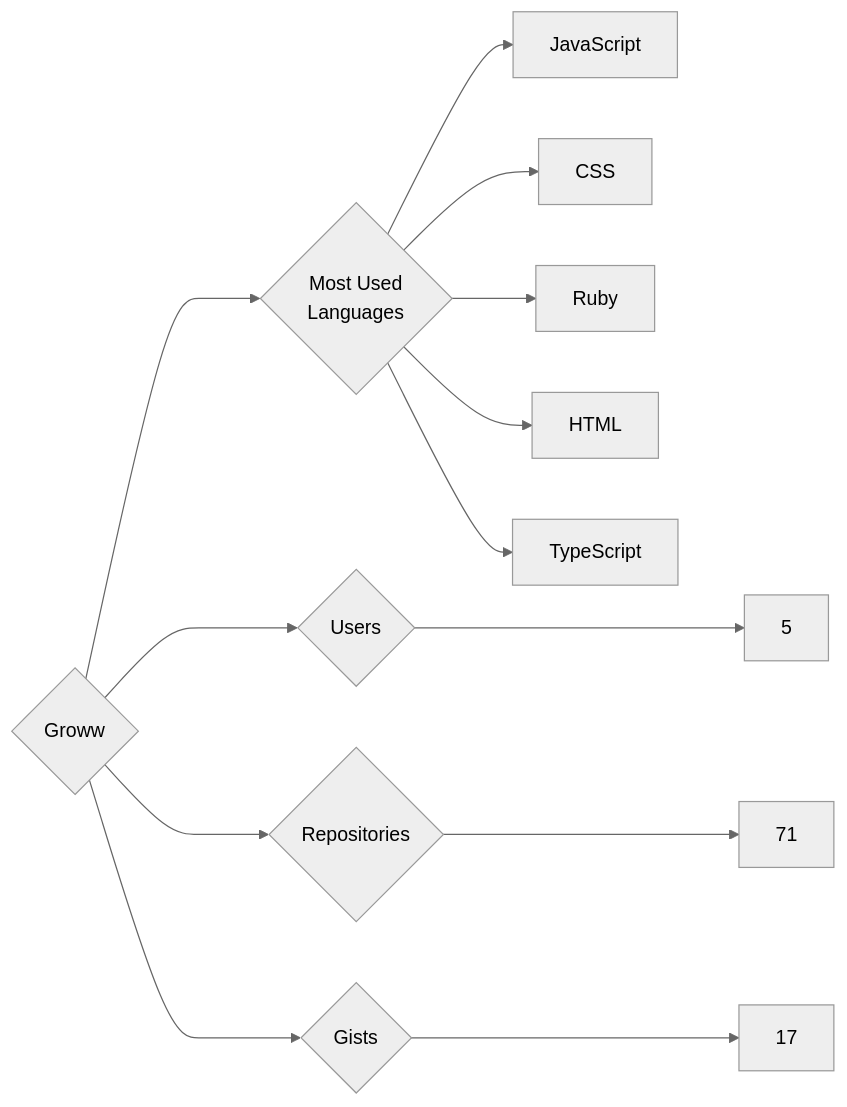
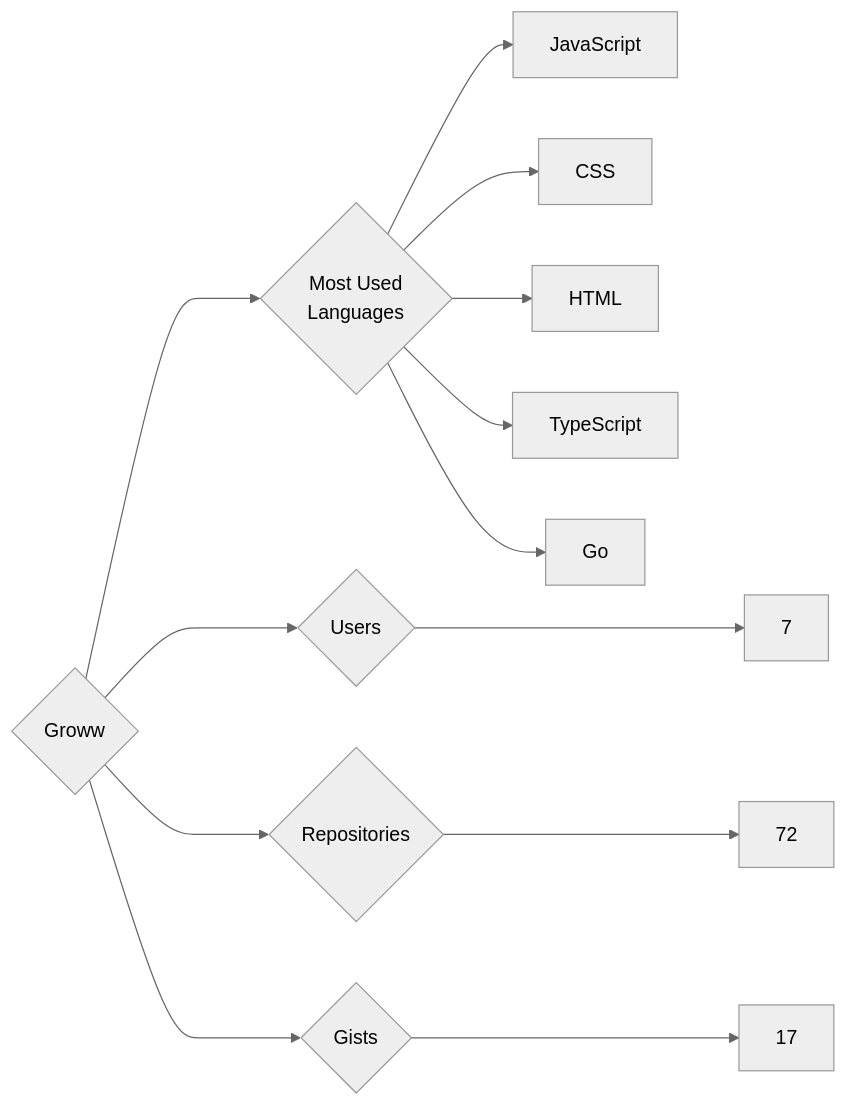
One commit to trickest/insiders changed the diagram in targets/Groww/README.md. Above: the diagram before and after it, drawn with Mermaid (neutral theme). The commit also changed 934 other files, not shown here.

````diff
--- a/targets/Groww/README.md
+++ b/targets/Groww/README.md
@@ -3,13 +3,13 @@
 ```mermaid
 graph LR
 COMPANY_NAME{Groww}
-COMPANY_NAME ---> U{Users} ---> UN[5]
-COMPANY_NAME ---> R{Repositories} ---> RN[71]
+COMPANY_NAME ---> U{Users} ---> UN[7]
+COMPANY_NAME ---> R{Repositories} ---> RN[72]
 COMPANY_NAME ---> G{Gists} ---> GN[17]
 COMPANY_NAME ---> ML{Most Used<br>Languages}
 ML --> JavaScript[JavaScript]
 ML --> CSS[CSS]
-ML --> Ruby[Ruby]
 ML --> HTML[HTML]
 ML --> TypeScript[TypeScript]
+ML --> Go[Go]
 ```
````
